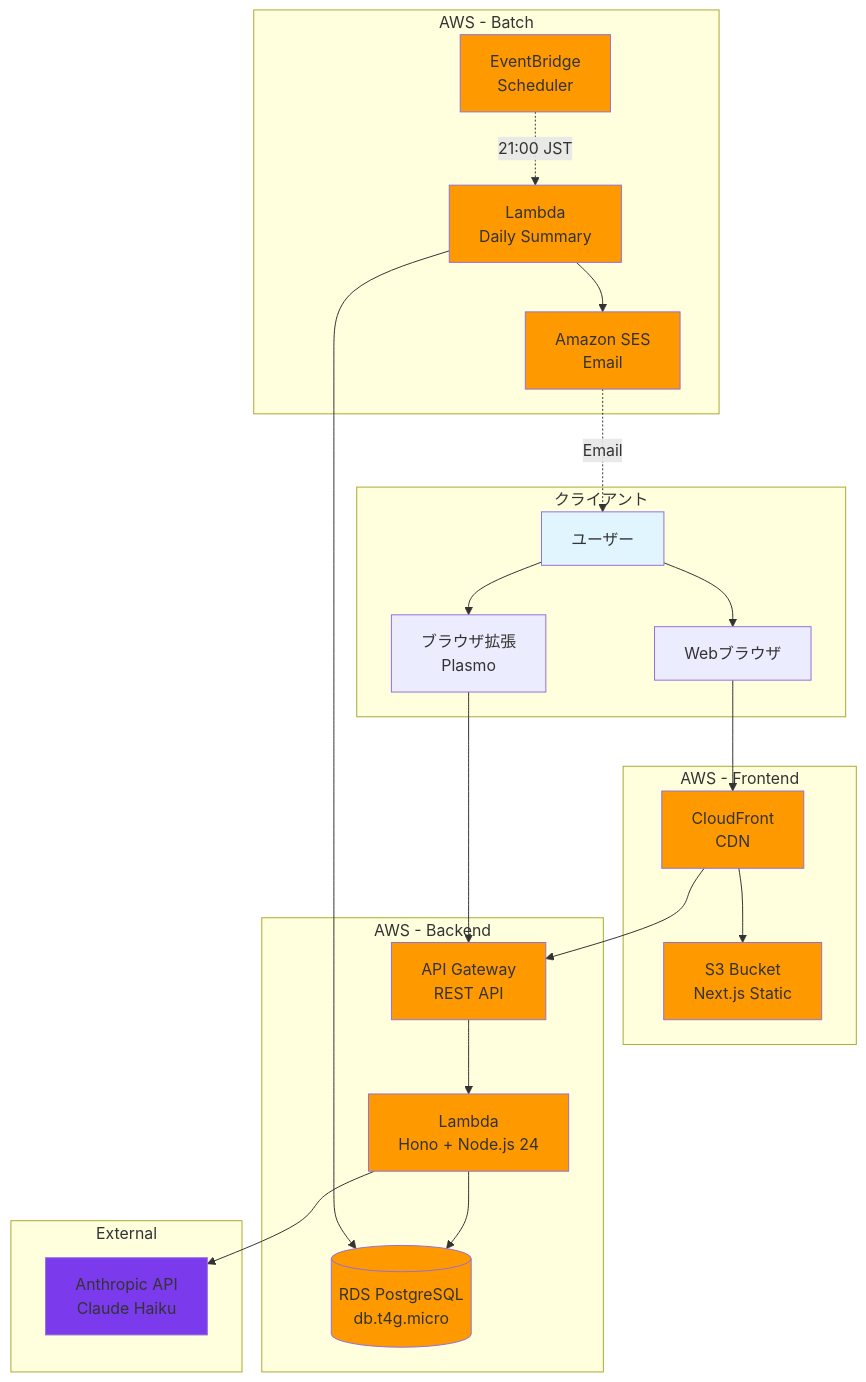
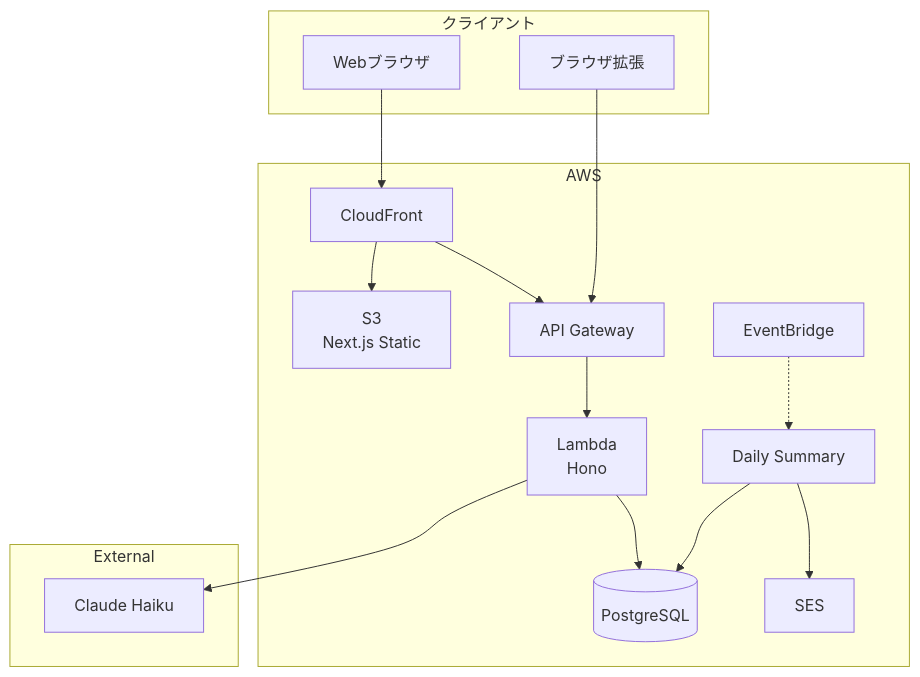
Before and after one commit to oh84/remindrop: the first of 2 diagrams in docs/design.md, drawn with Mermaid. The commit also changed other lines of this file and 4 other files, not shown here.

````diff
--- a/docs/design.md
+++ b/docs/design.md
@@ -15,55 +9,25 @@
 ```mermaid
 graph TB
     subgraph "クライアント"
-        User[ユーザー]
         Browser[Webブラウザ]
-        Extension[ブラウザ拡張<br/>Plasmo]
+        Extension[ブラウザ拡張]
     end
     
-    subgraph "AWS - Frontend"
-        CF[CloudFront<br/>CDN]
-        S3[S3 Bucket<br/>Next.js Static]
-    end
-    
-    subgraph "AWS - Backend"
-        APIGW[API Gateway<br/>REST API]
-        Lambda[Lambda<br/>Hono + Node.js 24]
-        RDS[(RDS PostgreSQL<br/>db.t4g.micro)]
-    end
-    
-    subgraph "AWS - Batch"
-        EB[EventBridge<br/>Scheduler]
-        DailyLambda[Lambda<br/>Daily Summary]
-        SES[Amazon SES<br/>Email]
+    subgraph "AWS"
+        CF[CloudFront] --> S3[S3<br/>Next.js Static]
+        CF --> APIGW[API Gateway]
+        APIGW --> Lambda[Lambda<br/>Hono]
+        Lambda --> RDS[(PostgreSQL)]
+        EB[EventBridge] -.-> DailyLambda[Daily Summary]
+        DailyLambda --> SES[SES]
     end
     
     subgraph "External"
-        Anthropic[Anthropic API<br/>Claude Haiku]
+        Anthropic[Claude Haiku]
     end
     
-    User --> Browser
-    User --> Extension
     Browser --> CF
     Extension --> APIGW
-    CF --> S3
-    CF --> APIGW
-    APIGW --> Lambda
-    Lambda --> RDS
     Lambda --> Anthropic
-    
-    EB -.->|21:00 JST| DailyLambda
     DailyLambda --> RDS
-    DailyLambda --> SES
-    SES -.->|Email| User
-    
-    style User fill:#e1f5ff
-    style CF fill:#ff9900
-    style S3 fill:#ff9900
-    style APIGW fill:#ff9900
-    style Lambda fill:#ff9900
-    style RDS fill:#ff9900
-    style EB fill:#ff9900
-    style DailyLambda fill:#ff9900
-    style SES fill:#ff9900
-    style Anthropic fill:#7c3aed
 ```
````
